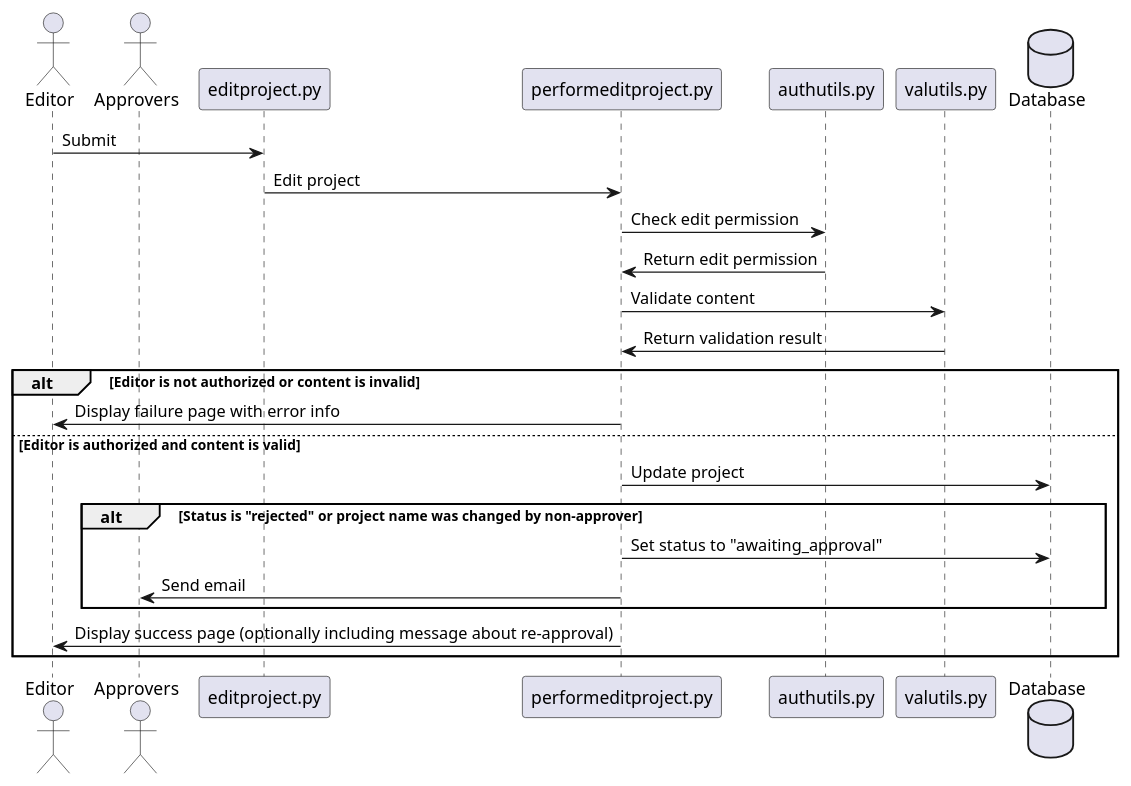
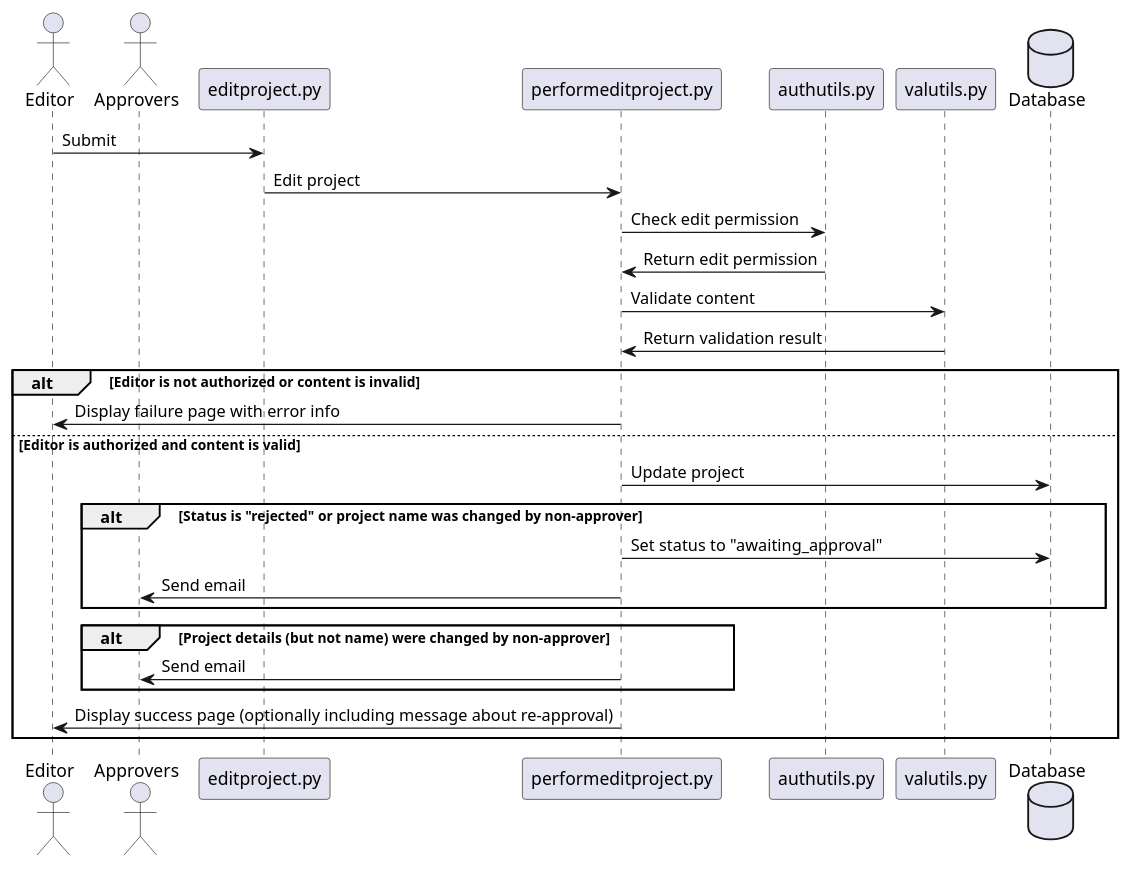
The diagram in documentation/editproject.puml (sipb/project-database), drawn with PlantUML before and after one commit.

Commit message:
Add extra step for edits in docs.

```diff
--- a/documentation/editproject.puml
+++ b/documentation/editproject.puml
@@ -1,36 +1,42 @@
 @startuml
 actor Editor
 actor Approvers
 participant editproject.py
 participant performeditproject.py
 participant authutils.py
 participant valutils.py
 database Database
 
 Editor -> editproject.py : Submit
 editproject.py -> performeditproject.py : Edit project
 performeditproject.py -> authutils.py : Check edit permission
 authutils.py -> performeditproject.py : Return edit permission
 performeditproject.py -> valutils.py : Validate content
 valutils.py -> performeditproject.py : Return validation result
 
 alt Editor is not authorized or content is invalid
 
     performeditproject.py -> Editor : Display failure page with error info
 
 else Editor is authorized and content is valid
 
     performeditproject.py -> Database : Update project
 
     alt Status is "rejected" or project name was changed by non-approver
         
         performeditproject.py -> Database : Set status to "awaiting_approval"
         performeditproject.py -> Approvers : Send email
 
     end
 
+    alt Project details (but not name) were changed by non-approver
+
+        performeditproject.py -> Approvers : Send email
+
+    end
+
     performeditproject.py -> Editor : Display success page (optionally including message about re-approval)
 
 end
 
 @enduml
```
